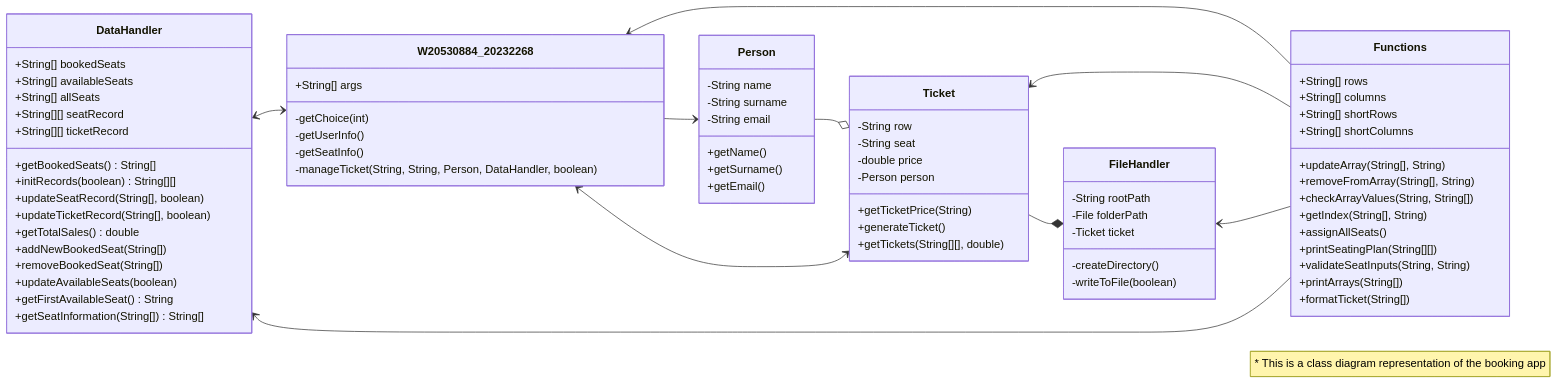
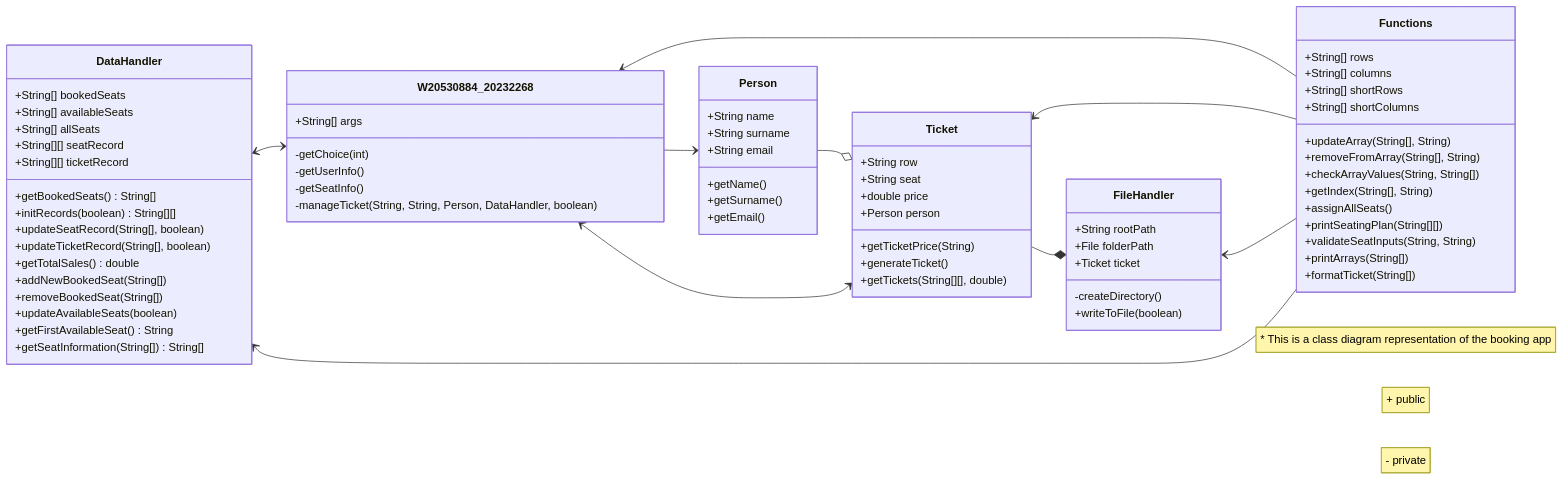
The diagram in README.md (anuja-rahul/booking-app-javaCW), drawn with Mermaid before and after one commit.

Commit message:
changes to class diagram

````diff
--- a/README.md
+++ b/README.md
@@ -27,8 +27,13 @@
 ```mermaid
 
 classDiagram
+    
     note "* This is a class diagram representation of the booking app"
+    note "+ public"
+    note "- private"
+    
     direction RL
+    
   W20530884_20232268 <--> DataHandler
 
   Functions --> W20530884_20232268
@@ -46,6 +51,7 @@
   W20530884_20232268: -getUserInfo()
   W20530884_20232268: -getSeatInfo()
   W20530884_20232268: -manageTicket(String, String, Person, DataHandler, boolean)
+  
   class DataHandler{
     +String[] bookedSeats
     +String[] availableSeats
@@ -65,27 +71,27 @@
   }
 
   class FileHandler{
-    -String rootPath
-    -File folderPath
-    -Ticket ticket
+    +String rootPath
+    +File folderPath
+    +Ticket ticket
     -createDirectory()
-    -writeToFile(boolean)
+    +writeToFile(boolean)
   }
 
   class Ticket{
-    -String row
-    -String seat
-    -double price
-    -Person person
+    +String row
+    +String seat
+    +double price
+    +Person person
     +getTicketPrice(String)
     +generateTicket()
     +getTickets(String[][], double)
   }
 
   class Person{
-    -String name
-    -String surname
-    -String email
+    +String name
+    +String surname
+    +String email
     +getName()
     +getSurname()
     +getEmail()
````
